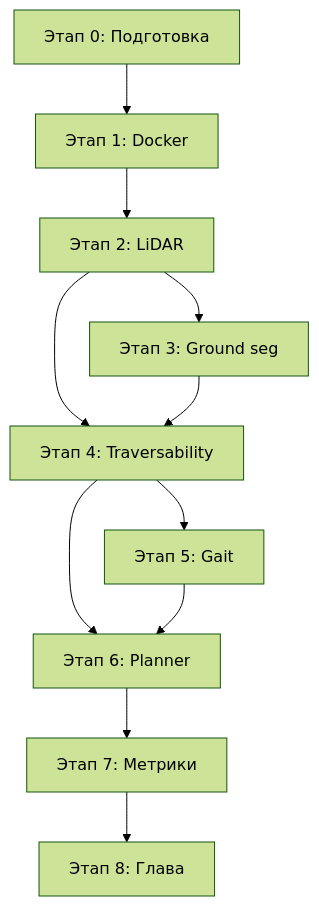
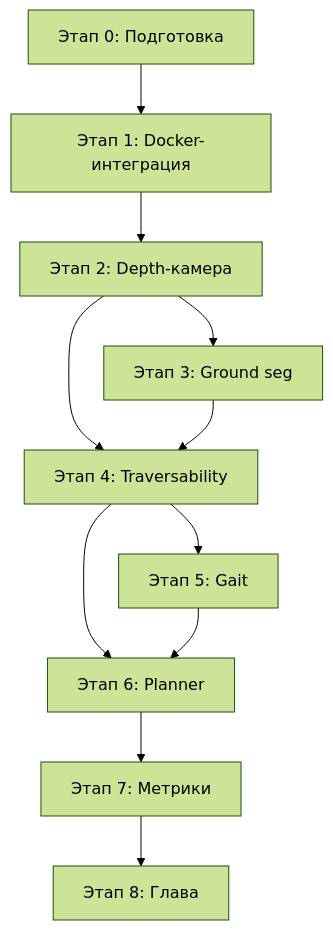
One commit to RedAlexDad/WalkingRobotSim changed the diagram in reports/elevation-mapping/Декомпозиция-интеграции-elevation-mapping.md. Above: the diagram before and after it, drawn with Mermaid (forest theme). The commit also changed other lines of this file and 204 other files, not shown here.

````diff
--- a/reports/elevation-mapping/Декомпозиция-интеграции-elevation-mapping.md
+++ b/reports/elevation-mapping/Декомпозиция-интеграции-elevation-mapping.md
@@ -256,13 +293,13 @@
 ```mermaid
 graph TD
-    A[Этап 0: Подготовка] --> B[Этап 1: Docker]
-    B --> C[Этап 2: LiDAR]
+    A[Этап 0: Подготовка] --> B[Этап 1: Docker-интеграция]
+    B --> C[Этап 2: Depth-камера]
     C --> D[Этап 3: Ground seg]
     C --> E[Этап 4: Traversability]
     D --> E
     E --> F[Этап 5: Gait]
     E --> G[Этап 6: Planner]
     F --> G
     G --> H[Этап 7: Метрики]
     H --> I[Этап 8: Глава]
 ```
````
